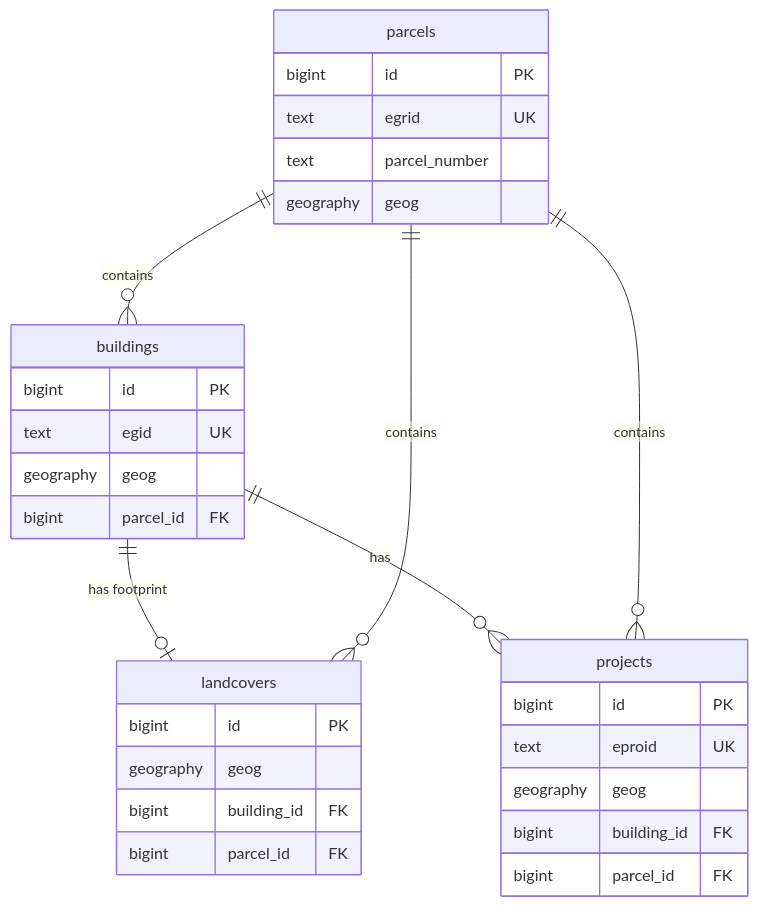
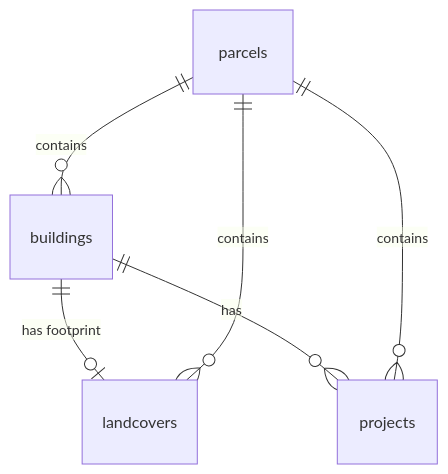
One commit to davras5/OpenBuildings changed the diagram in README.md. Above: the diagram before and after it, drawn with Mermaid. The commit also changed other lines of this file, not shown here.

````diff
--- a/README.md
+++ b/README.md
@@ -100,37 +114,8 @@
 ```mermaid
 erDiagram
     parcels ||--o{ buildings : "contains"
     buildings ||--o| landcovers : "has footprint"
     parcels ||--o{ landcovers : "contains"
     buildings ||--o{ projects : "has"
     parcels ||--o{ projects : "contains"
-
-    buildings {
-        bigint id PK
-        text egid UK
-        geography geog
-        bigint parcel_id FK
-    }
-
-    parcels {
-        bigint id PK
-        text egrid UK
-        text parcel_number
-        geography geog
-    }
-
-    landcovers {
-        bigint id PK
-        geography geog
-        bigint building_id FK
-        bigint parcel_id FK
-    }
-
-    projects {
-        bigint id PK
-        text eproid UK
-        geography geog
-        bigint building_id FK
-        bigint parcel_id FK
-    }
 ```
````
